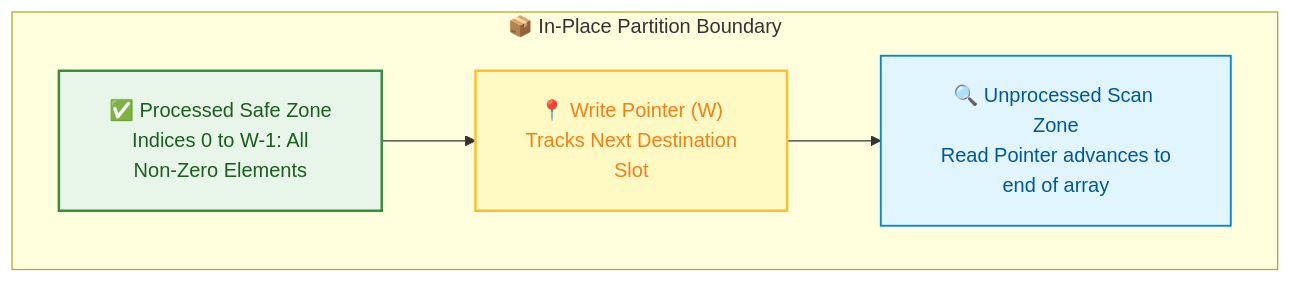
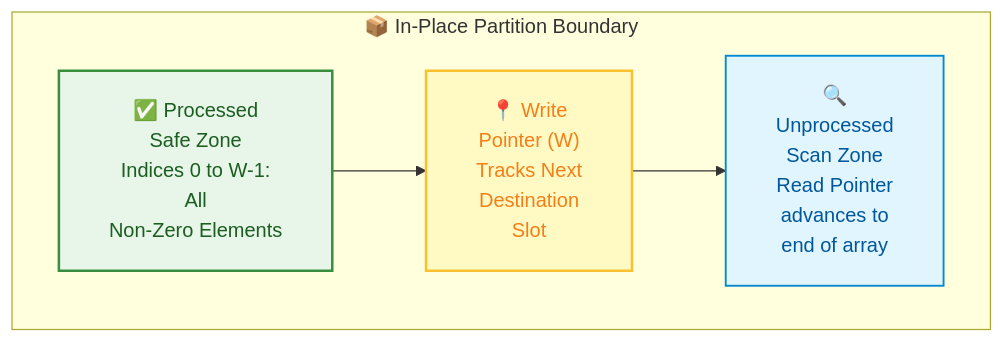
The first of 6 diagrams in week_04_core_problem_solving_patterns_i/Week_04_Visual_Concepts_Playbook_HYBRID.md (dip4k/DSA_102), drawn with Mermaid before and after one commit. The commit also changed other lines of this file and 106 other files, not shown here.

First line of the commit message:
fix(mermaid): prevent text clipping with foreignObject overflow and tighter line wrapping

````diff
--- a/week_04_core_problem_solving_patterns_i/Week_04_Visual_Concepts_Playbook_HYBRID.md
+++ b/week_04_core_problem_solving_patterns_i/Week_04_Visual_Concepts_Playbook_HYBRID.md
@@ -68,14 +68,14 @@
 ```mermaid
-%%{init: {"flowchart": {"htmlLabels": true, "padding": 20}}}%%
+%%{init: {"flowchart": {"htmlLabels": true, "padding": 20}, "themeCSS": "foreignObject { overflow: visible !important; }"}}%%
 flowchart TD
     classDef safe fill:#e8f5e9,stroke:#388e3c,color:#1b5e20,stroke-width:2px;
     classDef boundary fill:#fff9c4,stroke:#fbc02d,color:#f57f17,stroke-width:2px;
     classDef explore fill:#e1f5fe,stroke:#0288d1,color:#01579b,stroke-width:1.5px;
 
     subgraph Memory["📦 In-Place Partition Boundary"]
-        Z1["✅ Processed Safe Zone<br/>Indices 0 to W-1: All<br/>Non-Zero Elements"]:::safe
-        B["📍 Write Pointer (W)<br/>Tracks Next Destination<br/>Slot"]:::boundary
-        Z2["🔍 Unprocessed Scan Zone<br/>Read Pointer advances to<br/>end of array"]:::explore
+        Z1["✅ Processed<br/>Safe Zone<br/>Indices 0 to W-1:<br/>All<br/>Non-Zero Elements"]:::safe
+        B["📍 Write<br/>Pointer (W)<br/>Tracks Next<br/>Destination<br/>Slot"]:::boundary
+        Z2["🔍<br/>Unprocessed<br/>Scan Zone<br/>Read Pointer<br/>advances to<br/>end of array"]:::explore
         Z1 --> B --> Z2
     end
 ```
````
